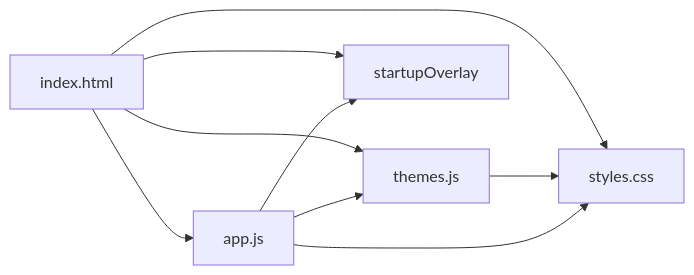
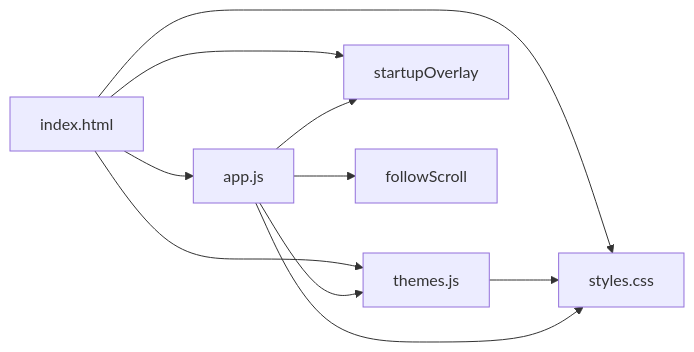
One commit to swond-Mao/Tiffa changed the sixth of 10 diagrams in .qoder/repowiki/zh/content/核心架构/Electron应用架构/Electron应用架构.md. Above: the diagram before and after it, drawn with Mermaid. The commit also changed other lines of this file and 22 other files, not shown here.

````diff
--- a/.qoder/repowiki/zh/content/核心架构/Electron应用架构/Electron应用架构.md
+++ b/.qoder/repowiki/zh/content/核心架构/Electron应用架构/Electron应用架构.md
@@ -296,11 +309,12 @@
 ```mermaid
 graph LR
 H["index.html"] --> S["styles.css"]
 H --> T["themes.js"]
 H --> A["app.js"]
 H --> O["startupOverlay"]
 T --> S
 A --> S
 A --> T
 A --> O
+A --> F["followScroll"]
 ```
````
